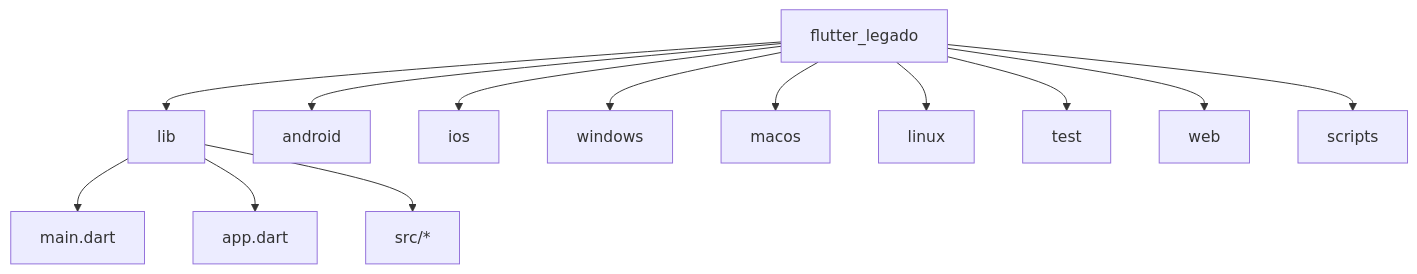
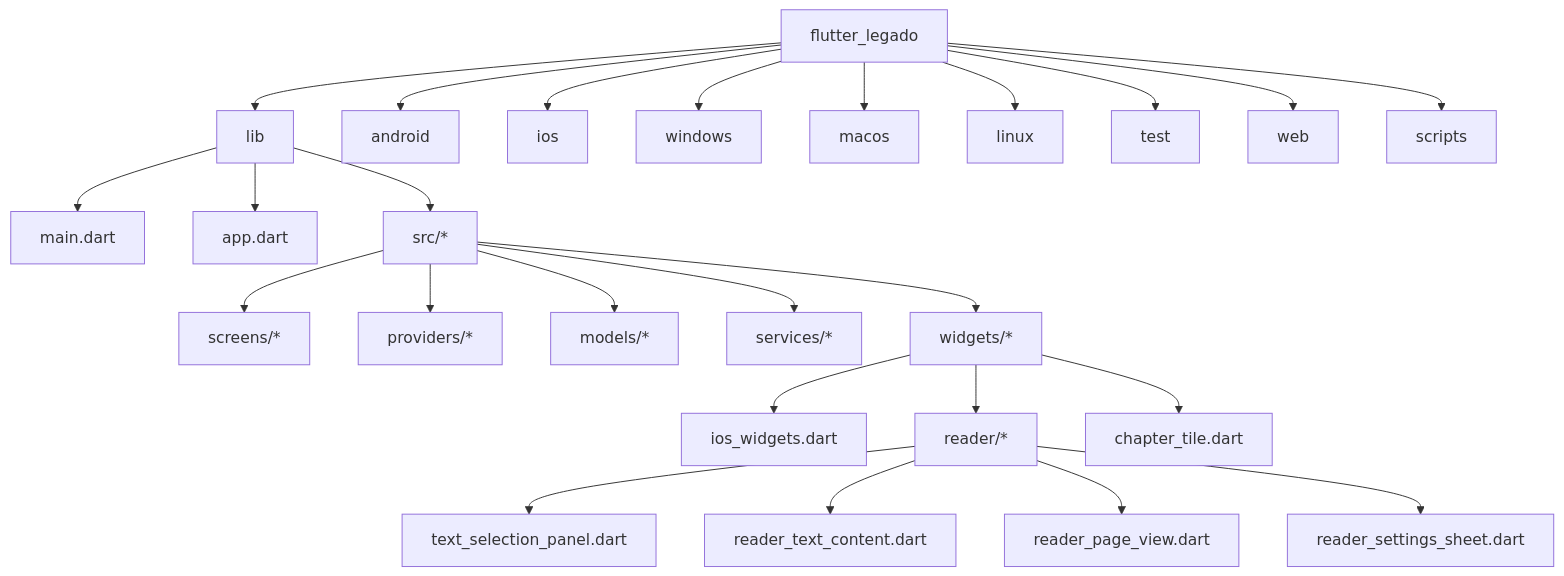
One commit to ZhangGHGitHub/LegadoTeamFlutter changed the first of 20 diagrams in .qoder/repowiki/zh/content/Flutter跨平台应用/UI组件系统/UI组件系统.md. Above: the diagram before and after it, drawn with Mermaid. The commit also changed other lines of this file and 173 other files, not shown here.

````diff
--- a/.qoder/repowiki/zh/content/Flutter跨平台应用/UI组件系统/UI组件系统.md
+++ b/.qoder/repowiki/zh/content/Flutter跨平台应用/UI组件系统/UI组件系统.md
@@ -41,15 +66,27 @@
 ```mermaid
 graph TB
 A["flutter_legado"] --> B["lib"]
 A --> C["android"]
 A --> D["ios"]
 A --> E["windows"]
 A --> F["macos"]
 A --> G["linux"]
 A --> H["test"]
 A --> I["web"]
 A --> J["scripts"]
 B --> B1["main.dart"]
 B --> B2["app.dart"]
 B --> B3["src/*"]
+B3 --> B31["screens/*"]
+B3 --> B32["providers/*"]
+B3 --> B33["models/*"]
+B3 --> B34["services/*"]
+B3 --> B35["widgets/*"]
+B35 --> B351["ios_widgets.dart"]
+B35 --> B352["reader/*"]
+B352 --> B3521["text_selection_panel.dart"]
+B352 --> B3522["reader_text_content.dart"]
+B352 --> B3523["reader_page_view.dart"]
+B352 --> B3524["reader_settings_sheet.dart"]
+B35 --> B353["chapter_tile.dart"]
 ```
````
